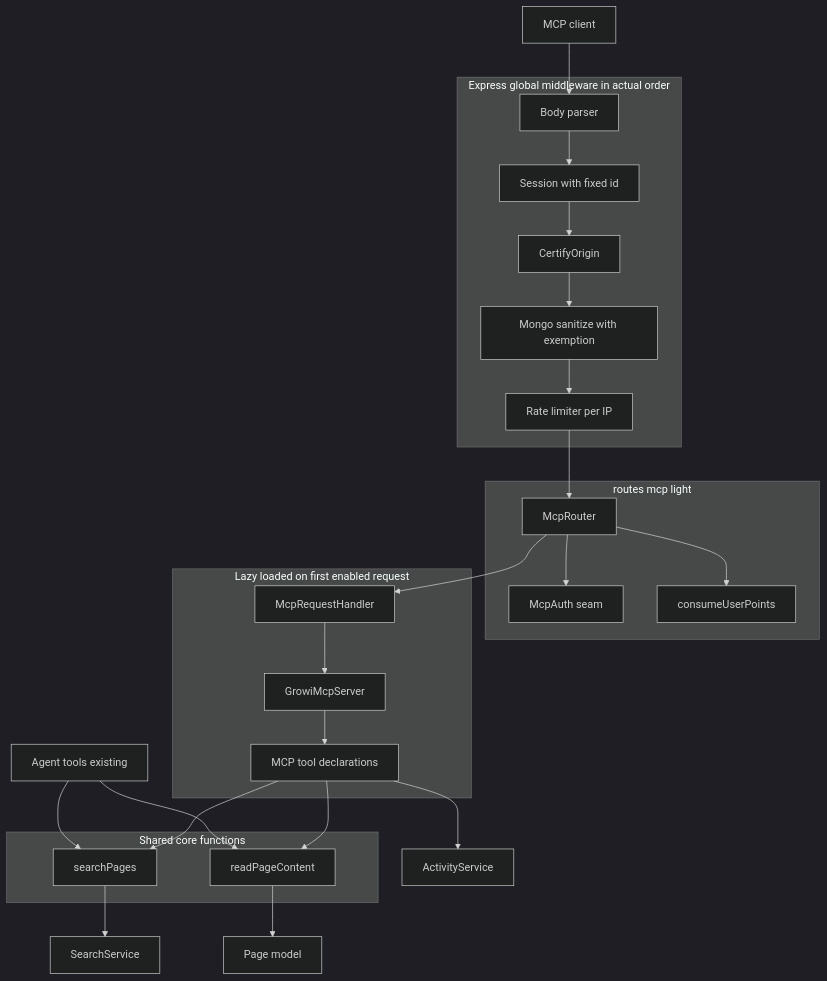
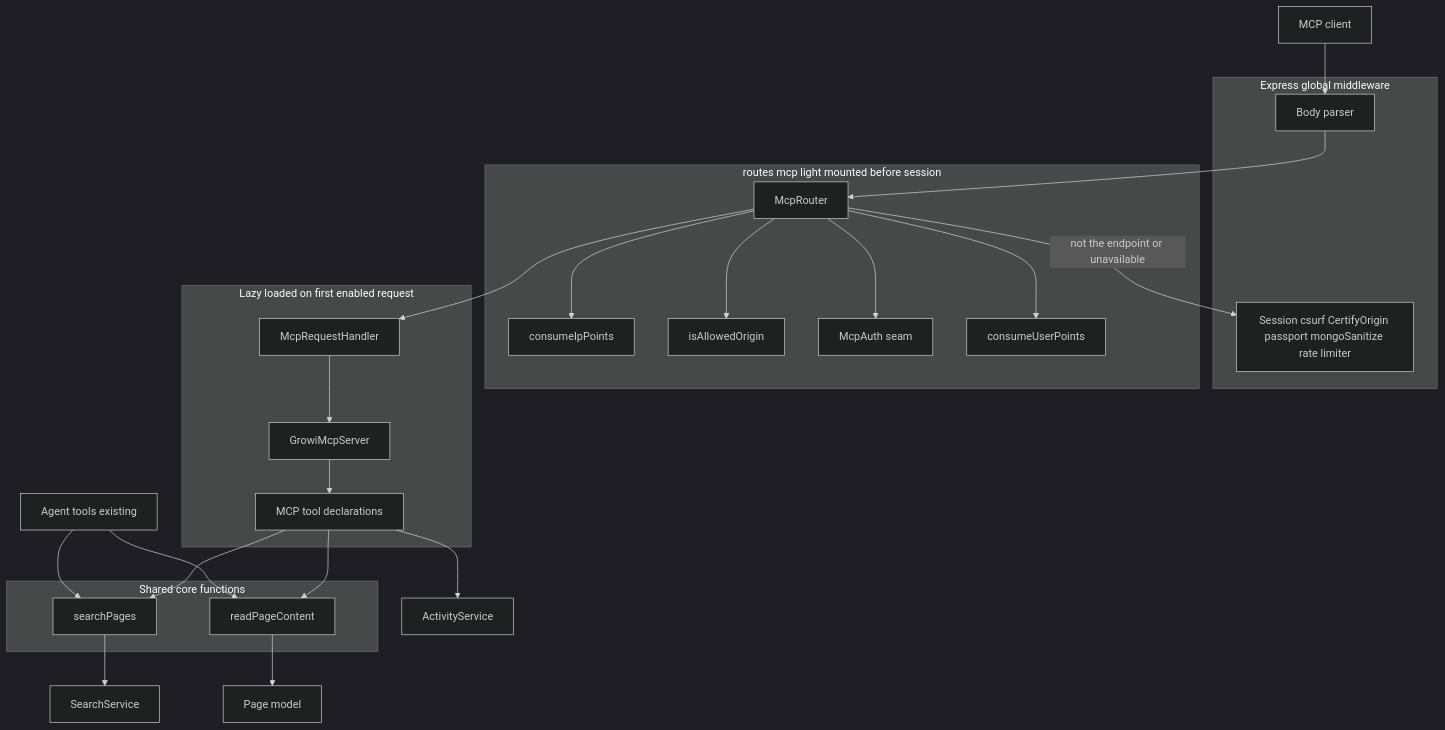
Before and after one commit to growilabs/growi: the first of 3 diagrams in .kiro/specs/remote-mcp-server-route/design.md, drawn with Mermaid (dark theme). The commit also changed other lines of this file and 2 other files, not shown here.

First line of the commit message:
refactor: Update research documentation for MCP server route

````diff
--- a/.kiro/specs/remote-mcp-server-route/design.md
+++ b/.kiro/specs/remote-mcp-server-route/design.md
@@ -87,43 +92,45 @@
 ```mermaid
 graph TB
     Client[MCP client]
-    subgraph Global[Express global middleware in actual order]
+    subgraph Global[Express global middleware]
         Body[Body parser]
-        Session[Session with fixed id]
-        Origin[CertifyOrigin]
-        Sanitize[Mongo sanitize with exemption]
-        RateIp[Rate limiter per IP]
+        Rest[Session csurf CertifyOrigin passport mongoSanitize rate limiter]
     end
-    subgraph Route[routes mcp light]
+    subgraph Route[routes mcp light mounted before session]
         Router[McpRouter]
+        IpLimit[consumeIpPoints]
+        OriginCheck[isAllowedOrigin]
         Auth[McpAuth seam]
         UserLimit[consumeUserPoints]
     end
     subgraph Lazy[Lazy loaded on first enabled request]
         Handler[McpRequestHandler]
         Server[GrowiMcpServer]
         Tools[MCP tool declarations]
     end
     subgraph Shared[Shared core functions]
         Search[searchPages]
         Read[readPageContent]
     end
     AgentTools[Agent tools existing]
     Activity[ActivityService]
     SearchService[SearchService]
     PageModel[Page model]
 
-    Client --> Body --> Session --> Origin --> Sanitize --> RateIp --> Router
+    Client --> Body --> Router
+    Router -->|not the endpoint or unavailable| Rest
+    Router --> IpLimit
+    Router --> OriginCheck
     Router --> Auth
     Router --> UserLimit
     Router --> Handler
     Handler --> Server
     Server --> Tools
     Tools --> Search
     Tools --> Read
     Tools --> Activity
     AgentTools --> Search
     AgentTools --> Read
     Search --> SearchService
     Read --> PageModel
 ```
````
